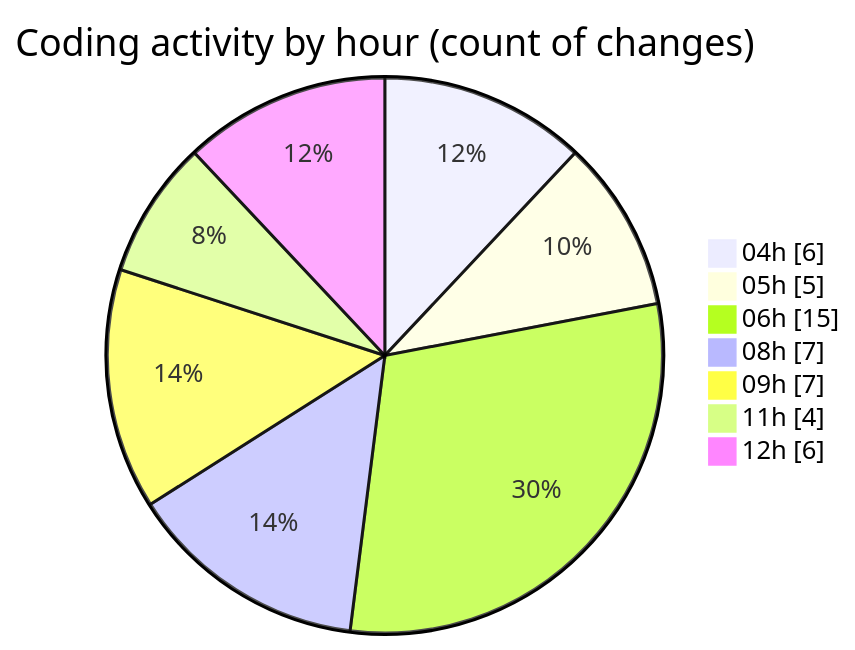
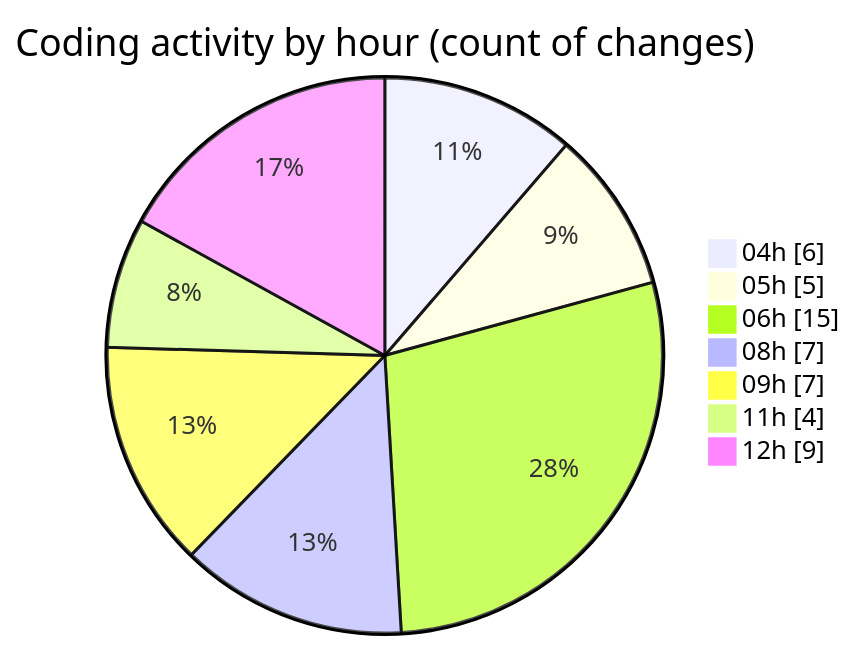
One commit to vahidmafi/code-tracking changed the second of 2 diagrams in 2025-03-23/zeytoon/README.md. Above: the diagram before and after it, drawn with Mermaid. The commit also changed other lines of this file and 1 other file, not shown here.

````diff
--- a/2025-03-23/zeytoon/README.md
+++ b/2025-03-23/zeytoon/README.md
@@ -39,11 +41,11 @@
 ```mermaid
 pie showData
 title Coding activity by hour (count of changes)
 "04h" : 6
 "05h" : 5
 "06h" : 15
 "08h" : 7
 "09h" : 7
 "11h" : 4
-"12h" : 6
+"12h" : 9
 ```
````
